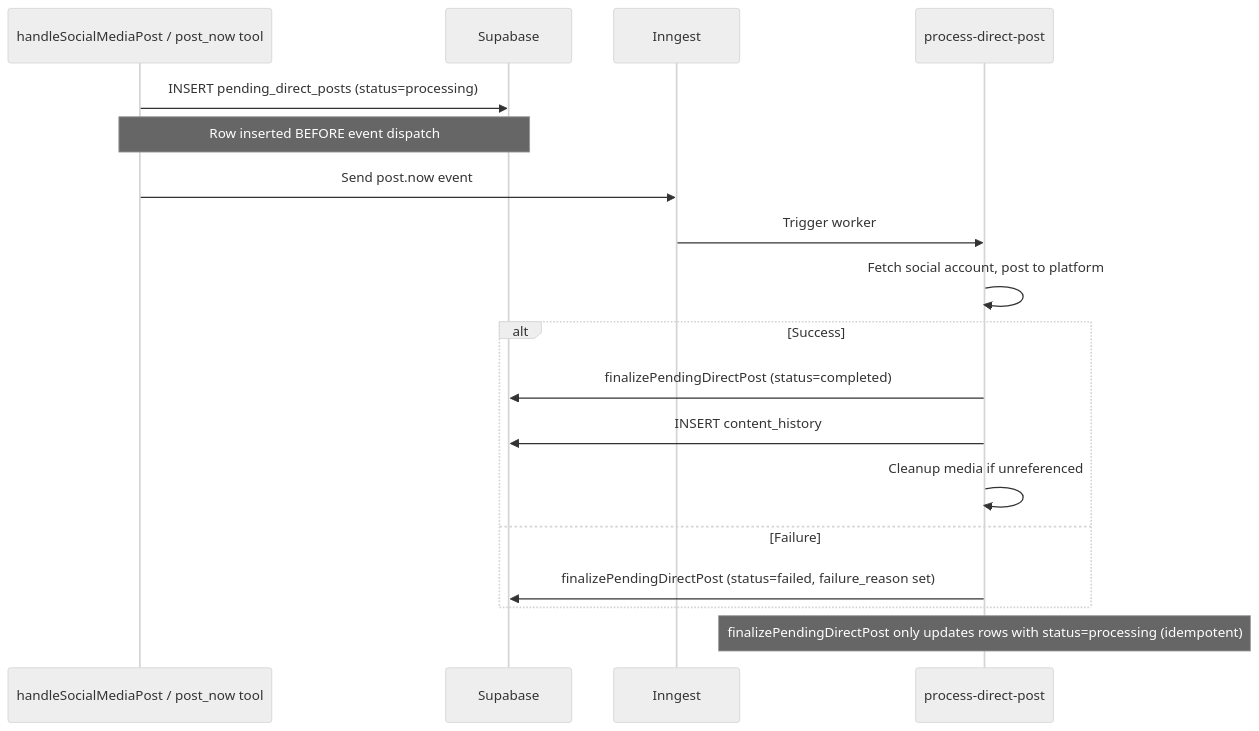
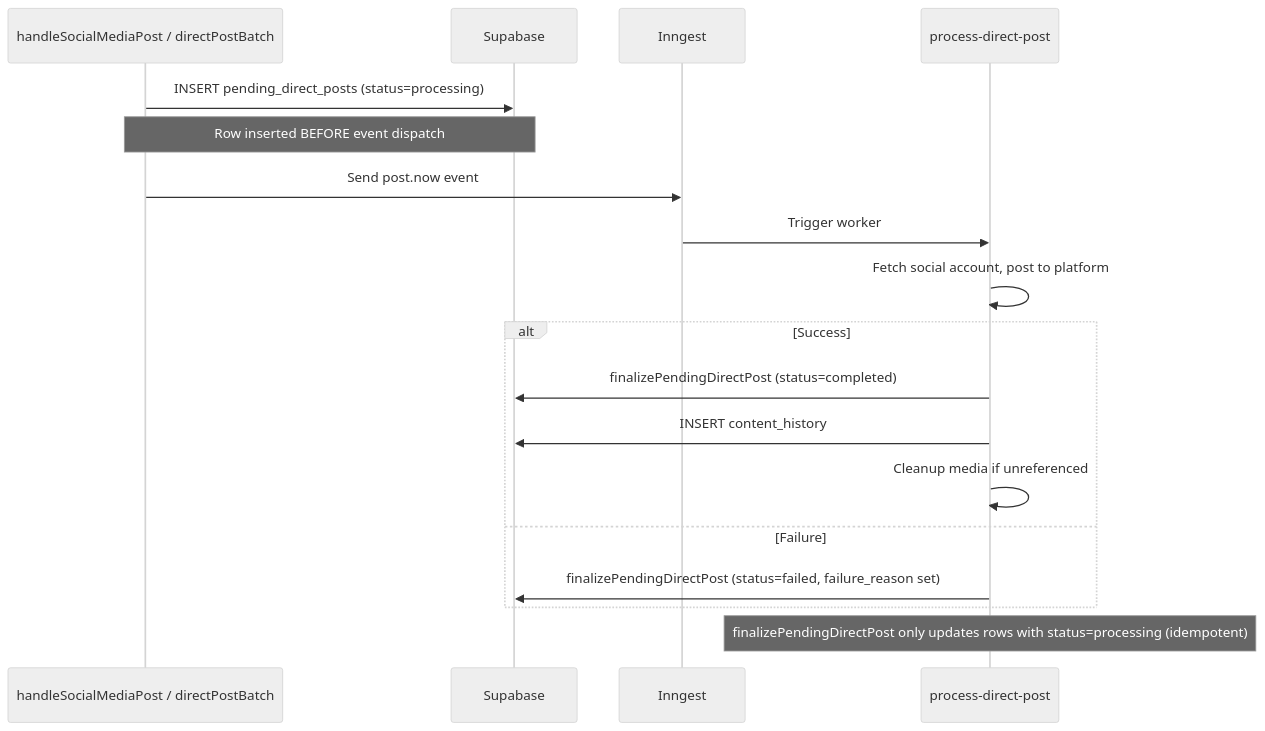
Before and after one commit to Andy00L/sharetopus: the third of 4 diagrams in docs/SCHEDULING.md, drawn with Mermaid (neutral theme). The commit also changed other lines of this file and 60 other files, not shown here.

````diff
--- a/docs/SCHEDULING.md
+++ b/docs/SCHEDULING.md
@@ -110,21 +110,21 @@
 ```mermaid
 sequenceDiagram
-    participant Handler as handleSocialMediaPost / post_now tool
+    participant Handler as handleSocialMediaPost / directPostBatch
     participant DB as Supabase
     participant Inngest as Inngest
     participant Worker as process-direct-post
 
     Handler->>DB: INSERT pending_direct_posts (status=processing)
     Note over Handler,DB: Row inserted BEFORE event dispatch
     Handler->>Inngest: Send post.now event
     Inngest->>Worker: Trigger worker
     Worker->>Worker: Fetch social account, post to platform
     alt Success
         Worker->>DB: finalizePendingDirectPost (status=completed)
         Worker->>DB: INSERT content_history
         Worker->>Worker: Cleanup media if unreferenced
     else Failure
         Worker->>DB: finalizePendingDirectPost (status=failed, failure_reason set)
     end
     Note over Worker: finalizePendingDirectPost only updates rows with status=processing (idempotent)
 ```
````
